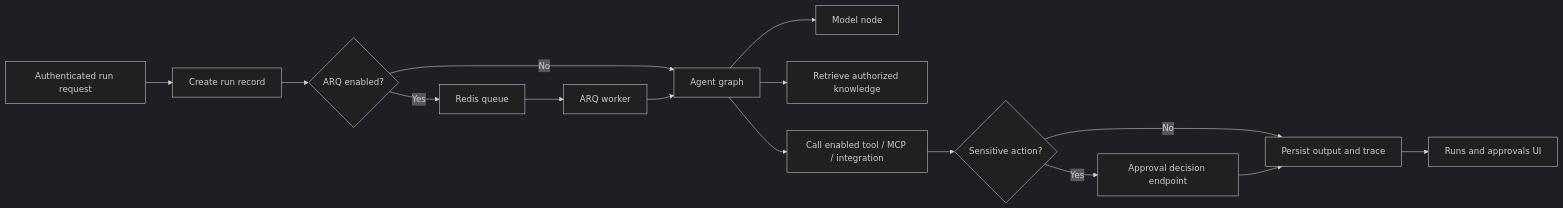
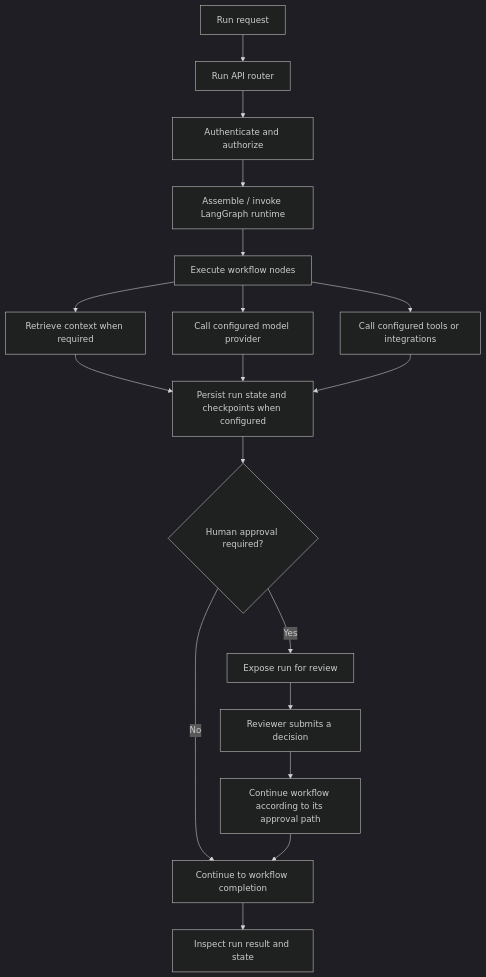
The third of 5 diagrams in README.md (Operon-Operation-Platform/backend), drawn with Mermaid (dark theme) before and after one commit. The commit also changed other lines of this file, not shown here.

````diff
--- a/README.md
+++ b/README.md
@@ -141,16 +111,25 @@
 ```mermaid
-flowchart LR
-    Trigger[Authenticated run request] --> Store[Create run record]
-    Store --> Queue{ARQ enabled?}
-    Queue -->|Yes| Redis[Redis queue] --> Worker[ARQ worker]
-    Queue -->|No| Graph[Agent graph]
-    Worker --> Graph
-    Graph --> Model[Model node]
-    Graph --> Retrieve[Retrieve authorized knowledge]
-    Graph --> Tools[Call enabled tool / MCP / integration]
-    Tools --> Approval{Sensitive action?}
-    Approval -->|Yes| Human[Approval decision endpoint]
-    Approval -->|No| Save[Persist output and trace]
-    Human --> Save
-    Save --> UI[Runs and approvals UI]
+flowchart TD
+    REQUEST[Run request] --> API[Run API router]
+    API --> AUTH[Authenticate and authorize]
+    AUTH --> GRAPH[Assemble / invoke LangGraph runtime]
+    GRAPH --> NODE[Execute workflow nodes]
+
+    NODE --> CONTEXT[Retrieve context when required]
+    NODE --> MODEL[Call configured model provider]
+    NODE --> TOOL[Call configured tools or integrations]
+
+    CONTEXT --> STATE[Persist run state and checkpoints when configured]
+    MODEL --> STATE
+    TOOL --> STATE
+
+    STATE --> GATE{Human approval required?}
+
+    GATE -->|Yes| PAUSE[Expose run for review]
+    PAUSE --> DECISION[Reviewer submits a decision]
+    DECISION --> RESUME[Continue workflow according to its approval path]
+
+    GATE -->|No| FINISH[Continue to workflow completion]
+    RESUME --> FINISH
+    FINISH --> INSPECT[Inspect run result and state]
 ```
````
